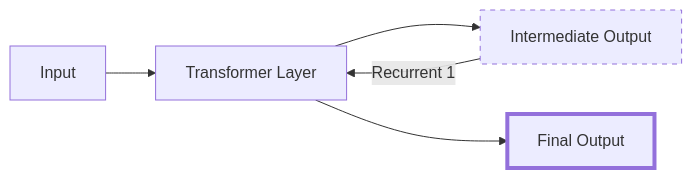
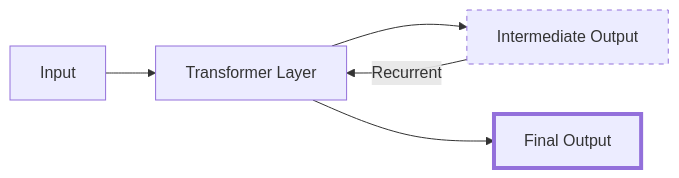
Before and after one commit to stevenzg/recurrent_transformer: the eighth of 48 diagrams in Figures.md, drawn with Mermaid.

Commit message:
chore: update text on figure

````diff
--- a/Figures.md
+++ b/Figures.md
@@ -142,10 +142,10 @@
 ```mermaid
 graph LR
     Input[Input] --> T1[Transformer Layer]
     T1 --> T1_out[Intermediate Output]
-    T1_out --> |Recurrent 1|T1
+    T1_out --> |Recurrent|T1
     T1 --> T1_final[Final Output]
     
     style T1_out stroke-dasharray: 5 5
     style T1_final stroke-width:4px
 ```
````
